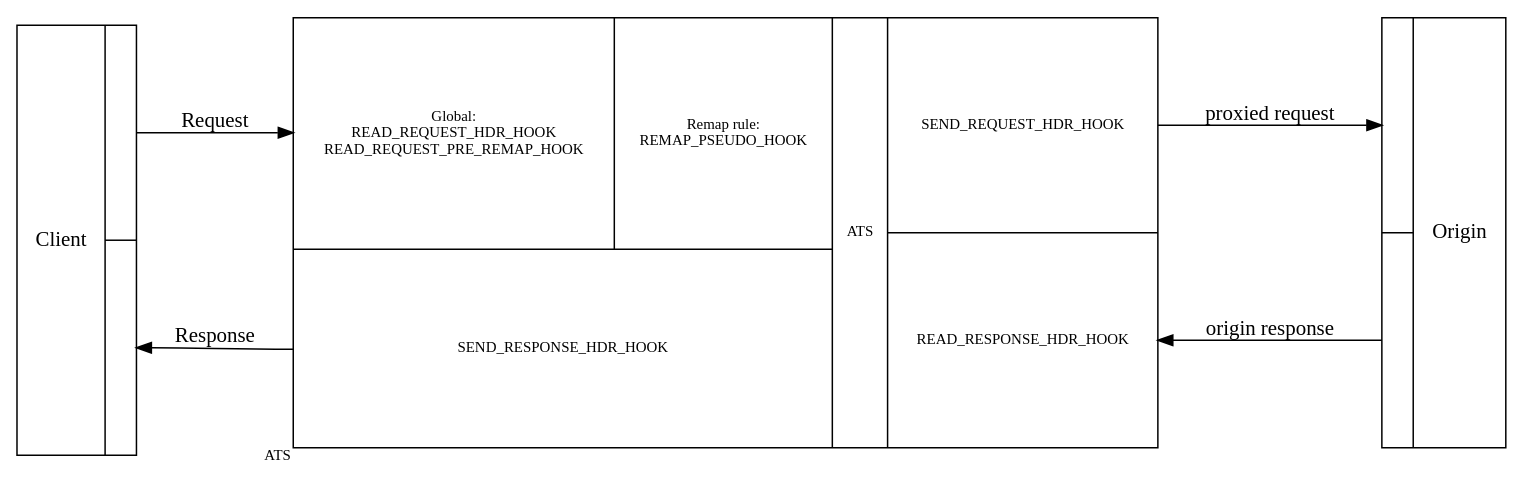
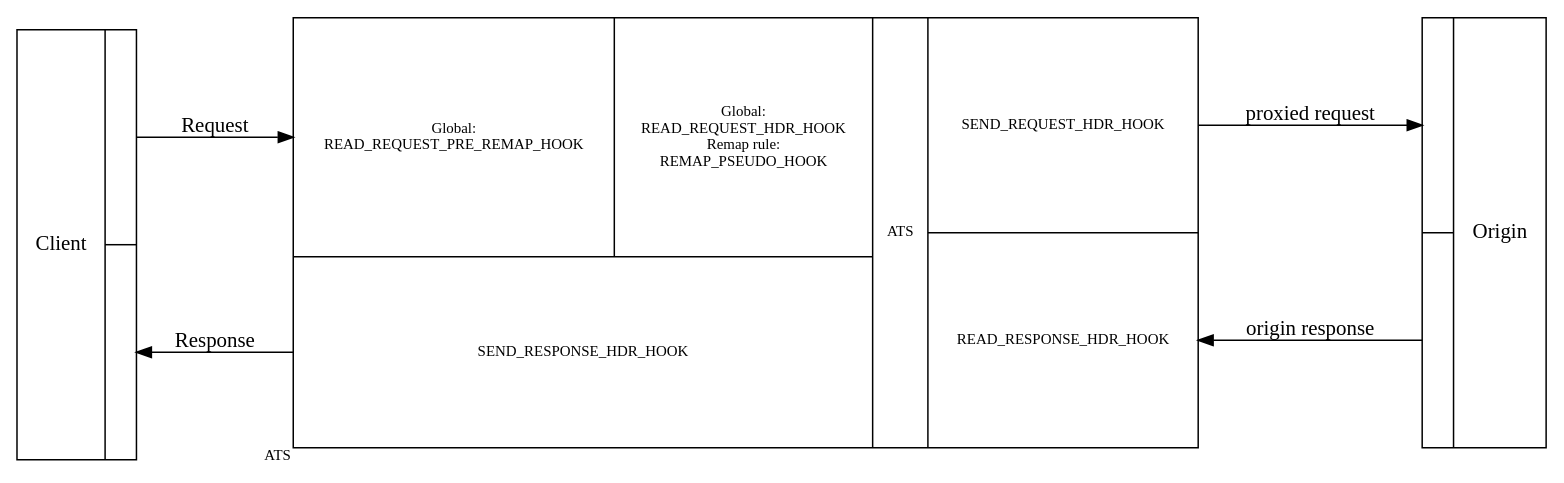
The diagram in doc/admin-guide/plugins/header_rewrite.en.rst (jbfavre/trafficserver), drawn with Graphviz before and after one commit. The commit also changed other lines of this file and 3378 other files, not shown here.

```diff
--- a/doc/admin-guide/plugins/header_rewrite.en.rst
+++ b/doc/admin-guide/plugins/header_rewrite.en.rst
@@ -878,17 +942,17 @@
 .. graphviz::
    :alt: header rewrite hooks
 
    digraph header_rewrite_hooks {
      graph [rankdir = LR];
      node[shape=record];
 
      Client[height=4, label="{ Client|{<p1>|<p2>} }"];
-     ATS[height=4, fontsize=10,label="{ {{<clientside0>Global:\nREAD_REQUEST_HDR_HOOK\nREAD_REQUEST_PRE_REMAP_HOOK|<clientside01>Remap rule:\nREMAP_PSEUDO_HOOK}|<clientside1>SEND_RESPONSE_HDR_HOOK}|ATS |{<originside0>SEND_REQUEST_HDR_HOOK|<originside1>READ_RESPONSE_HDR_HOOK} }",xlabel="ATS"];
+     ATS[height=4, fontsize=10,label="{ {{<clientside0>Global:\nREAD_REQUEST_PRE_REMAP_HOOK|<clientside01>Global:\nREAD_REQUEST_HDR_HOOK\nRemap rule:\nREMAP_PSEUDO_HOOK}|<clientside1>SEND_RESPONSE_HDR_HOOK}|ATS |{<originside0>SEND_REQUEST_HDR_HOOK|<originside1>READ_RESPONSE_HDR_HOOK} }",xlabel="ATS"];
      Origin[height=4, label="{ {<request>|<response>}|Origin }"];
 
      Client:p1 -> ATS:clientside0 [ label = "Request" ];
      ATS:originside0 -> Origin:request [ label="proxied request" ];
 
      Origin:response -> ATS:originside1 [ label="origin response" ];
      ATS:clientside1 -> Client:p2 [ label = "Response" ];
    }
```
